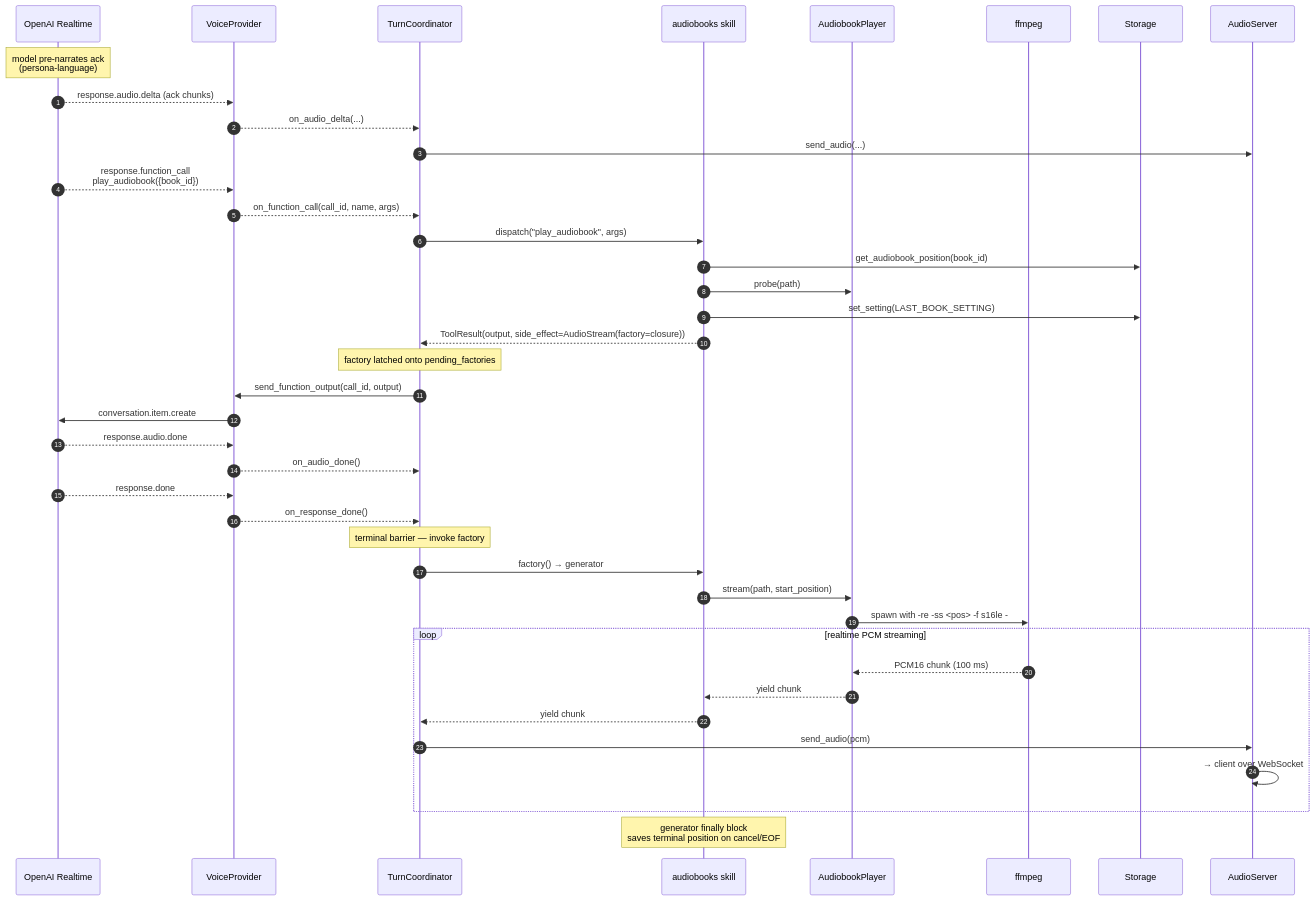
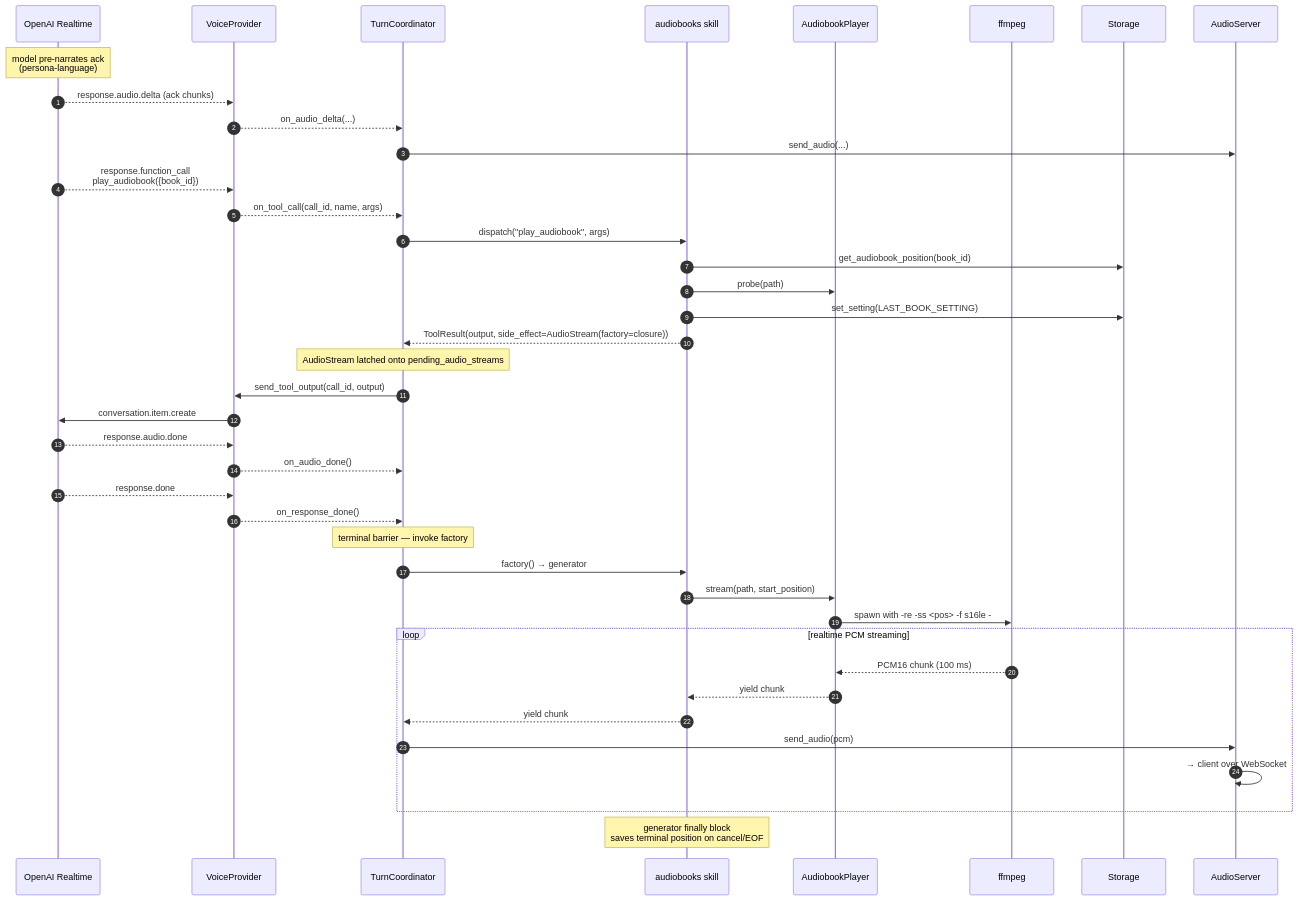
One commit to ma-r-s/Huxley changed the fourth of 5 diagrams in docs/architecture.md. Above: the diagram before and after it, drawn with Mermaid. The commit also changed other lines of this file and 13 other files, not shown here.

First line of the commit message:
refactor(voice): extract VoiceProvider — milestone A

````diff
--- a/docs/architecture.md
+++ b/docs/architecture.md
@@ -128,43 +128,43 @@
 ```mermaid
 sequenceDiagram
     autonumber
     participant LLM as OpenAI Realtime
-    participant Sess as VoiceProvider
+    participant Prov as VoiceProvider
     participant Coord as TurnCoordinator
     participant Skill as audiobooks skill
     participant Player as AudiobookPlayer
     participant Ffmpeg as ffmpeg
     participant DB as Storage
     participant WS as AudioServer
 
     Note over LLM: model pre-narrates ack<br/>(persona-language)
-    LLM-->>Sess: response.audio.delta (ack chunks)
-    Sess-->>Coord: on_audio_delta(...)
+    LLM-->>Prov: response.audio.delta (ack chunks)
+    Prov-->>Coord: on_audio_delta(...)
     Coord->>WS: send_audio(...)
-    LLM-->>Sess: response.function_call<br/>play_audiobook({book_id})
-    Sess-->>Coord: on_function_call(call_id, name, args)
+    LLM-->>Prov: response.function_call<br/>play_audiobook({book_id})
+    Prov-->>Coord: on_tool_call(call_id, name, args)
     Coord->>Skill: dispatch("play_audiobook", args)
     Skill->>DB: get_audiobook_position(book_id)
     Skill->>Player: probe(path)
     Skill->>DB: set_setting(LAST_BOOK_SETTING)
     Skill-->>Coord: ToolResult(output, side_effect=AudioStream(factory=closure))
-    Note over Coord: factory latched onto pending_factories
-    Coord->>Sess: send_function_output(call_id, output)
-    Sess->>LLM: conversation.item.create
-    LLM-->>Sess: response.audio.done
-    Sess-->>Coord: on_audio_done()
-    LLM-->>Sess: response.done
-    Sess-->>Coord: on_response_done()
+    Note over Coord: AudioStream latched onto pending_audio_streams
+    Coord->>Prov: send_tool_output(call_id, output)
+    Prov->>LLM: conversation.item.create
+    LLM-->>Prov: response.audio.done
+    Prov-->>Coord: on_audio_done()
+    LLM-->>Prov: response.done
+    Prov-->>Coord: on_response_done()
     Note over Coord: terminal barrier — invoke factory
     Coord->>Skill: factory() → generator
     Skill->>Player: stream(path, start_position)
     Player->>Ffmpeg: spawn with -re -ss <pos> -f s16le -
     loop realtime PCM streaming
         Ffmpeg-->>Player: PCM16 chunk (100 ms)
         Player-->>Skill: yield chunk
         Skill-->>Coord: yield chunk
         Coord->>WS: send_audio(pcm)
         WS->>WS: → client over WebSocket
     end
     Note over Skill: generator finally block<br/>saves terminal position on cancel/EOF
 ```
````
